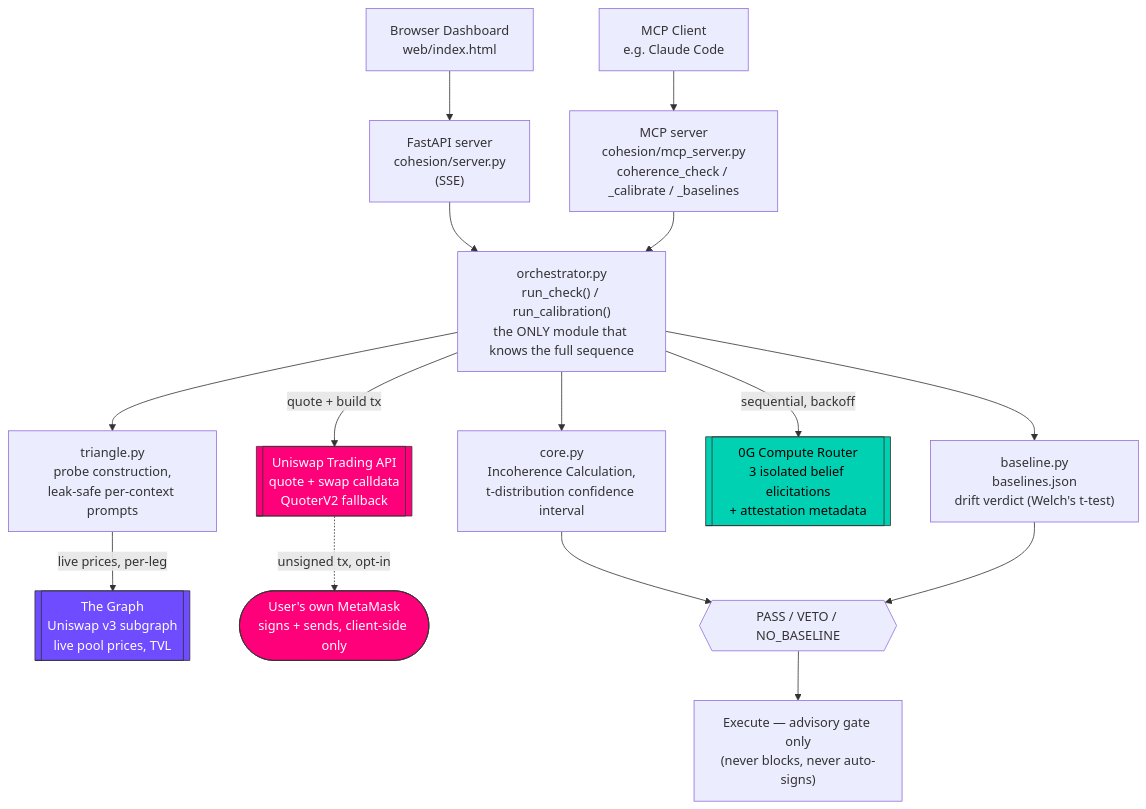
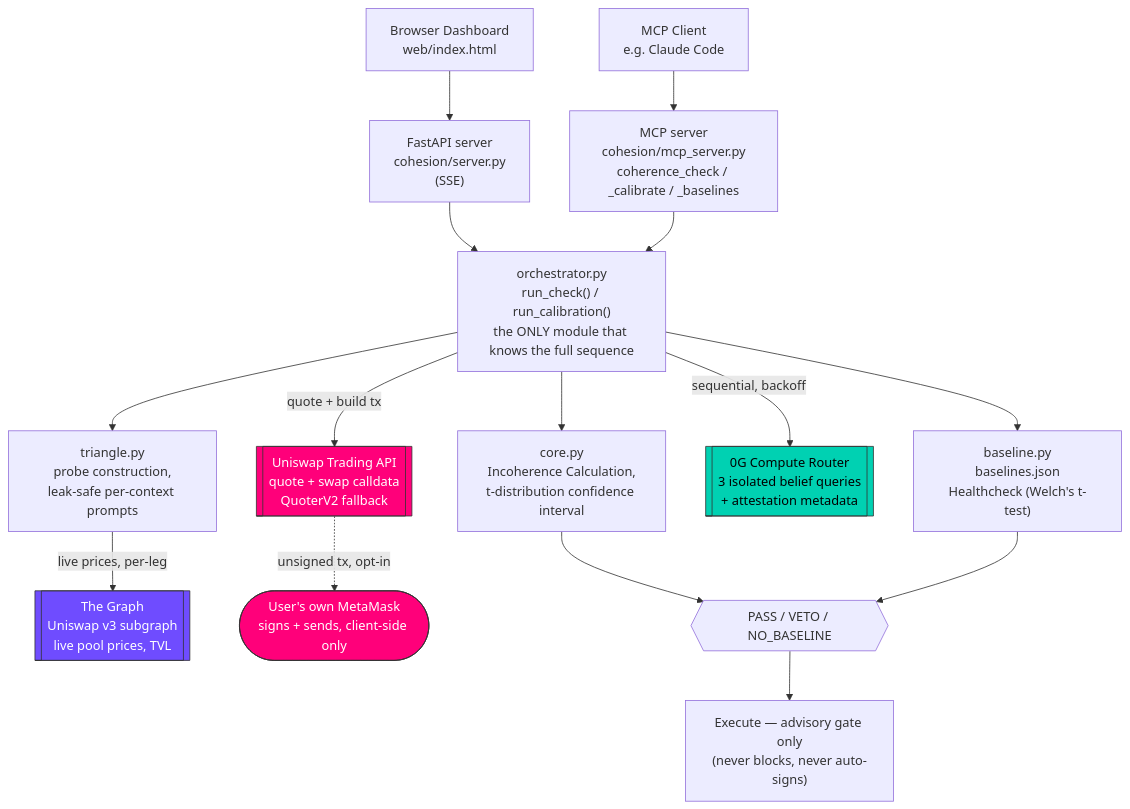
The diagram in README.md (Karkunow/eth-global-coherence), drawn with Mermaid before and after one commit. The commit also changed other lines of this file, not shown here.

Commit message:
fix: update terminology in README for clarity on healthcheck and belief queries

````diff
--- a/README.md
+++ b/README.md
@@ -15,45 +15,45 @@
 ```mermaid
 flowchart TB
     UI["Browser Dashboard<br/>web/index.html"]
     MCPC["MCP Client<br/>e.g. Claude Code"]
 
     SRV["FastAPI server<br/>cohesion/server.py<br/>(SSE)"]
     MCPS["MCP server<br/>cohesion/mcp_server.py<br/>coherence_check / _calibrate / _baselines"]
 
     UI --> SRV
     MCPC --> MCPS
 
     ORCH["orchestrator.py<br/>run_check() / run_calibration()<br/>the ONLY module that knows the full sequence"]
     SRV --> ORCH
     MCPS --> ORCH
 
     TRI["triangle.py<br/>probe construction,<br/>leak-safe per-context prompts"]
     CORE["core.py<br/>Incoherence Calculation,<br/>t-distribution confidence interval"]
-    BASE["baseline.py<br/>baselines.json<br/>drift verdict (Welch's t-test)"]
+    BASE["baseline.py<br/>baselines.json<br/>Healthcheck (Welch's t-test)"]
     ORCH --> TRI
     ORCH --> CORE
     ORCH --> BASE
 
     GRAPH[["The Graph<br/>Uniswap v3 subgraph<br/>live pool prices, TVL"]]
-    ZG[["0G Compute Router<br/>3 isolated belief elicitations<br/>+ attestation metadata"]]
+    ZG[["0G Compute Router<br/>3 isolated belief queries<br/>+ attestation metadata"]]
     UNI[["Uniswap Trading API<br/>quote + swap calldata<br/>QuoterV2 fallback"]]
 
     TRI -->|live prices, per-leg| GRAPH
     ORCH -->|sequential, backoff| ZG
     ORCH -->|quote + build tx| UNI
 
     MM(["User's own MetaMask<br/>signs + sends, client-side only"])
     UNI -.->|unsigned tx, opt-in| MM
 
     VERDICT{{"PASS / VETO / NO_BASELINE"}}
     CORE --> VERDICT
     BASE --> VERDICT
     VERDICT --> EXEC["Execute — advisory gate only<br/>(never blocks, never auto-signs)"]
 
     classDef thegraph fill:#6f4cff,color:#fff,stroke:#333,stroke-width:1px;
     classDef uniswap fill:#ff007a,color:#fff,stroke:#333,stroke-width:1px;
     classDef zg fill:#00d1b2,color:#000,stroke:#333,stroke-width:1px;
     class GRAPH thegraph
     class UNI,MM uniswap
     class ZG zg
 ```
````
